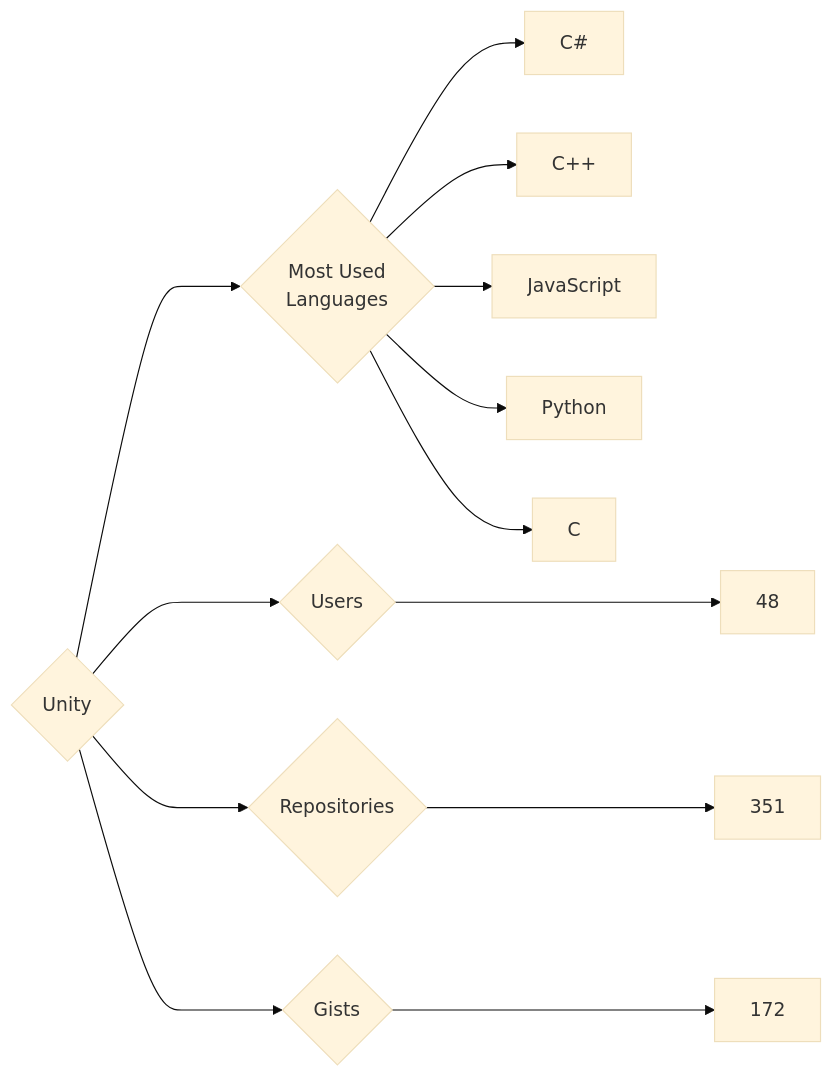
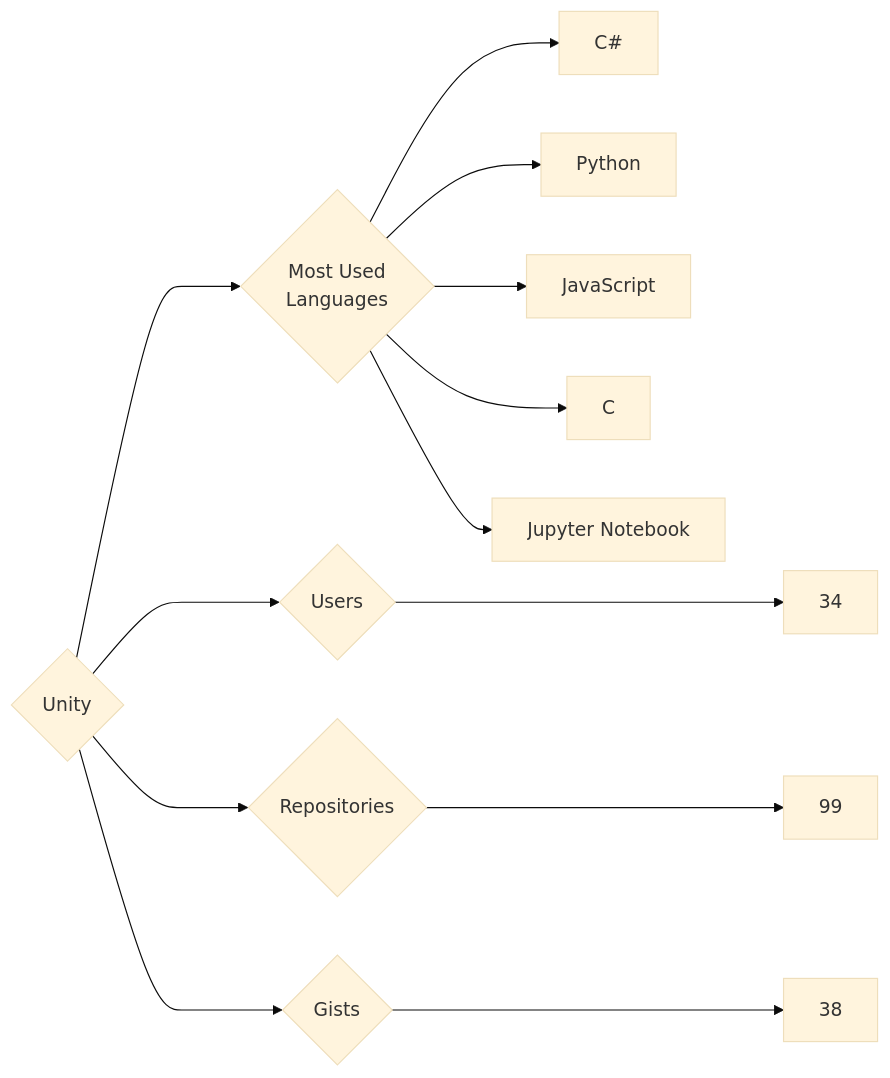
The diagram in targets/Unity/README.md (trickest/insiders), drawn with Mermaid (base theme) before and after one commit. The commit also changed 928 other files, not shown here.

````diff
--- a/targets/Unity/README.md
+++ b/targets/Unity/README.md
@@ -3,13 +3,13 @@
 ```mermaid
 graph LR
 COMPANY_NAME{Unity}
-COMPANY_NAME ---> U{Users} ---> UN[48]
-COMPANY_NAME ---> R{Repositories} ---> RN[351]
-COMPANY_NAME ---> G{Gists} ---> GN[172]
+COMPANY_NAME ---> U{Users} ---> UN[34]
+COMPANY_NAME ---> R{Repositories} ---> RN[99]
+COMPANY_NAME ---> G{Gists} ---> GN[38]
 COMPANY_NAME ---> ML{Most Used<br>Languages}
 ML --> C#[C#]
-ML --> C++[C++]
+ML --> Python[Python]
 ML --> JavaScript[JavaScript]
-ML --> Python[Python]
 ML --> C[C]
+ML --> Jupyter_Notebook[Jupyter Notebook]
 ```
````
